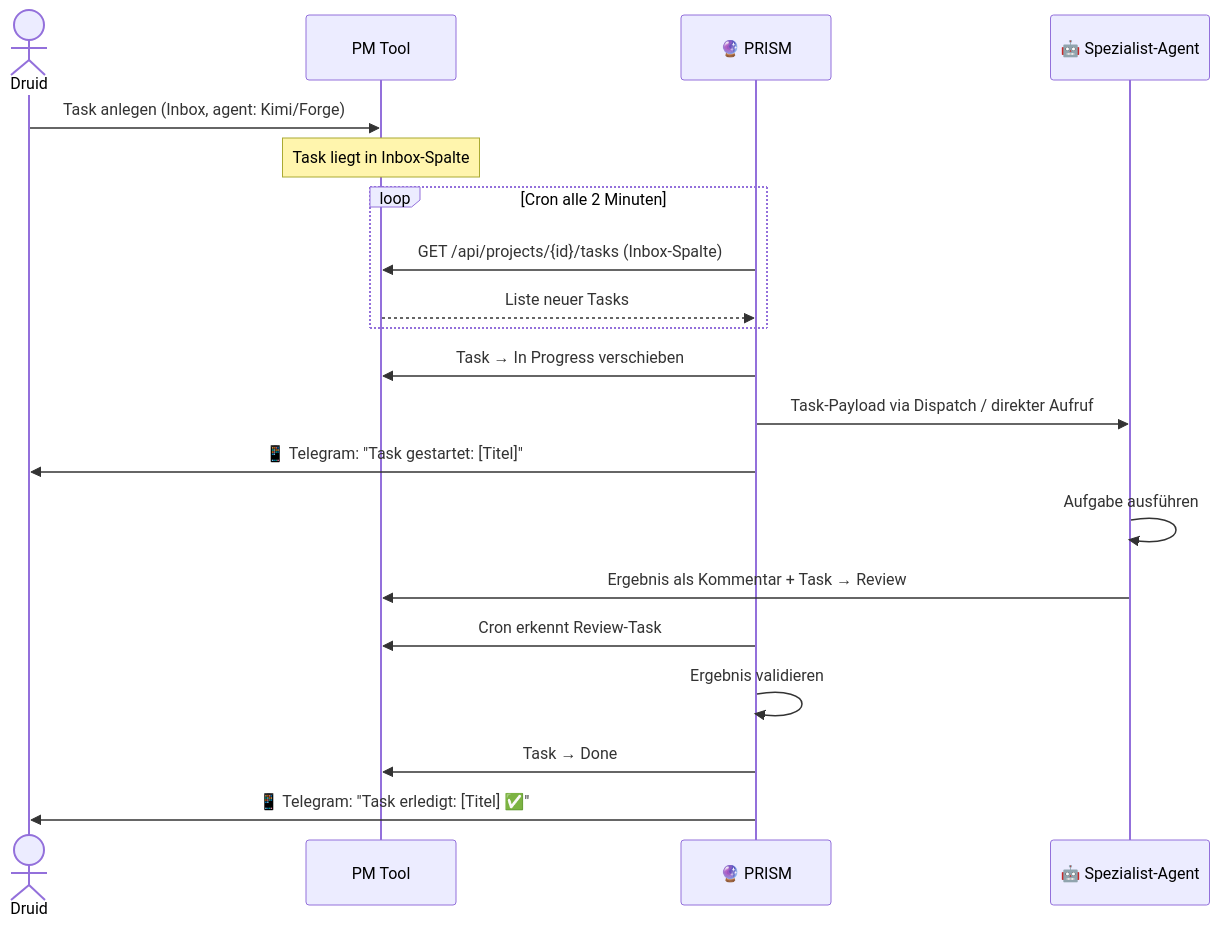
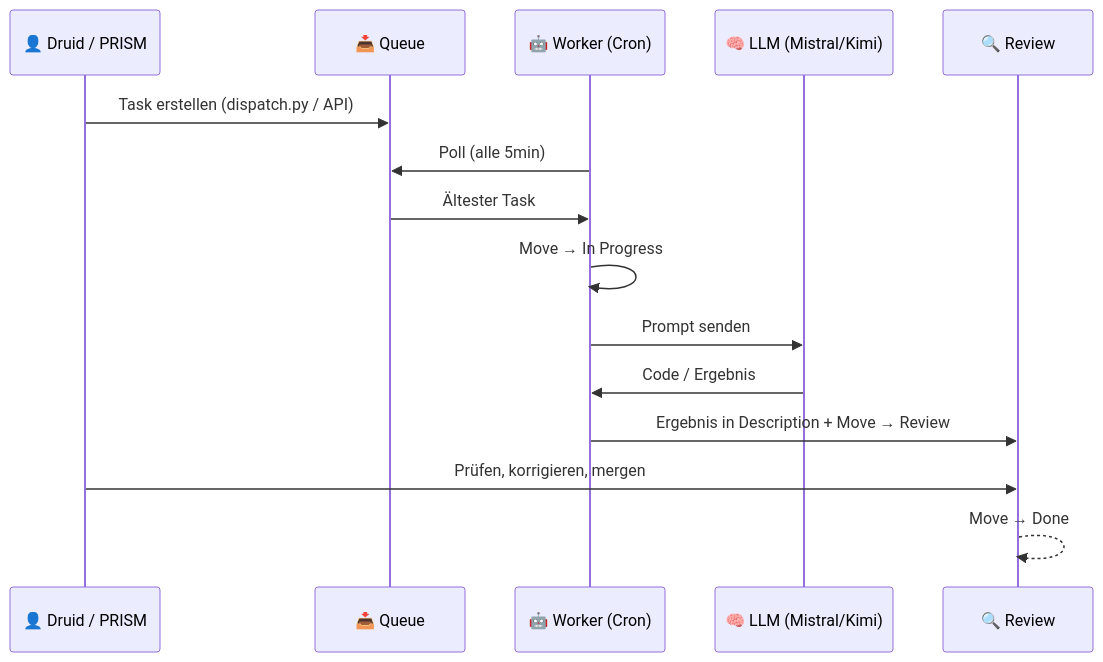
The diagram in README.md (AstroGolem224/Agent-Pipeline), drawn with Mermaid before and after one commit. The commit also changed other lines of this file and 4 other files, not shown here.

First line of the commit message:
feat: Agent Pipeline v1.0 — Worker, Dispatcher, Config

````diff
--- a/README.md
+++ b/README.md
@@ -62,26 +42,18 @@
 ```mermaid
 sequenceDiagram
-    actor Druid
-    participant PM as PM Tool
-    participant PRISM as 🔮 PRISM
-    participant Agent as 🤖 Spezialist-Agent
+    participant D as 👤 Druid / PRISM
+    participant Q as 📥 Queue
+    participant W as 🤖 Worker (Cron)
+    participant L as 🧠 LLM (Mistral/Kimi)
+    participant R as 🔍 Review
 
-    Druid->>PM: Task anlegen (Inbox, agent: Kimi/Forge)
-    Note over PM: Task liegt in Inbox-Spalte
-
-    loop Cron alle 2 Minuten
-        PRISM->>PM: GET /api/projects/{id}/tasks (Inbox-Spalte)
-        PM-->>PRISM: Liste neuer Tasks
-    end
-
-    PRISM->>PM: Task → In Progress verschieben
-    PRISM->>Agent: Task-Payload via Dispatch / direkter Aufruf
-    PRISM->>Druid: 📱 Telegram: "Task gestartet: [Titel]"
-
-    Agent->>Agent: Aufgabe ausführen
-    Agent->>PM: Ergebnis als Kommentar + Task → Review
-    PRISM->>PM: Cron erkennt Review-Task
-    PRISM->>PRISM: Ergebnis validieren
-    PRISM->>PM: Task → Done
-    PRISM->>Druid: 📱 Telegram: "Task erledigt: [Titel] ✅"
+    D->>Q: Task erstellen (dispatch.py / API)
+    W->>Q: Poll (alle 5min)
+    Q->>W: Ältester Task
+    W->>W: Move → In Progress
+    W->>L: Prompt senden
+    L->>W: Code / Ergebnis
+    W->>R: Ergebnis in Description + Move → Review
+    D->>R: Prüfen, korrigieren, mergen
+    R-->>R: Move → Done
 ```
````
